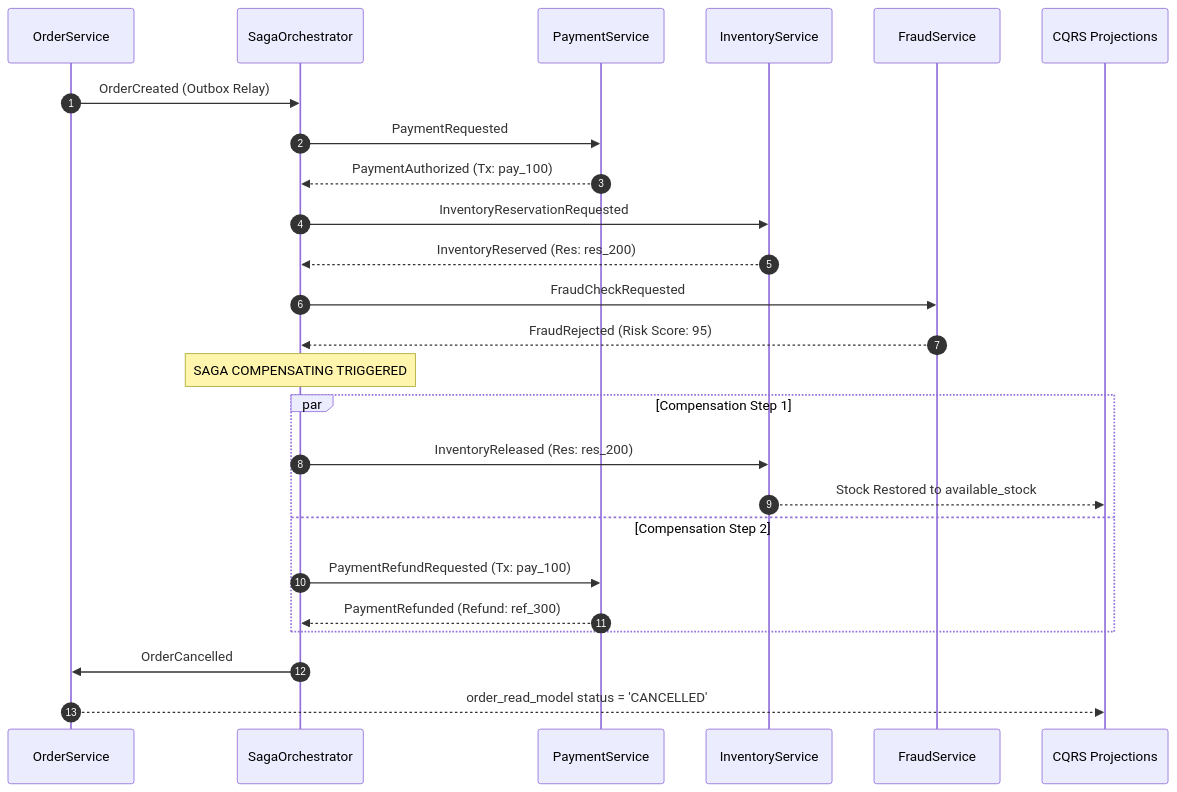
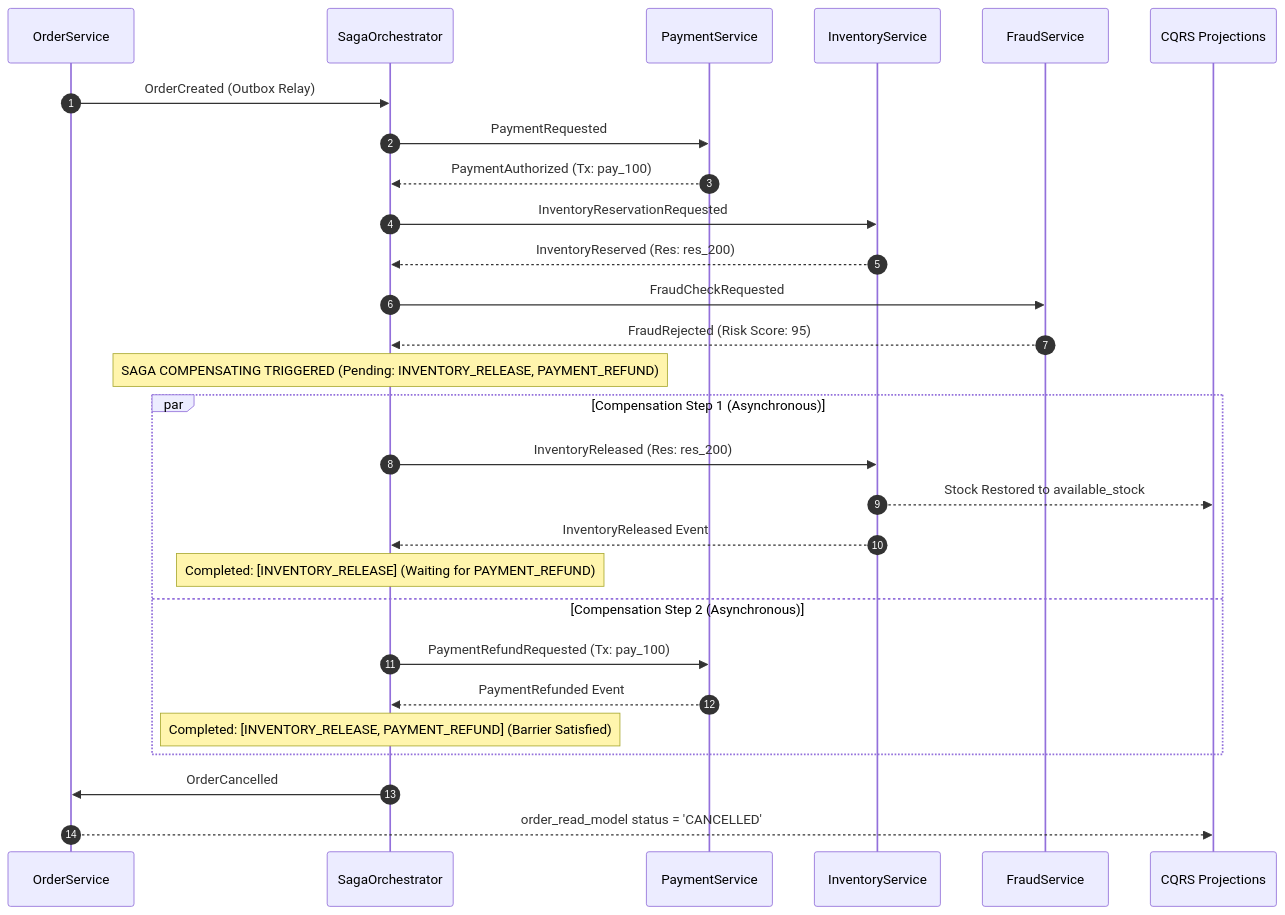
Before and after one commit to GiovaniRodrigo/event-driven-kafka: the diagram in docs/20_FAILURE_MATRIX.md, drawn with Mermaid. The commit also changed other lines of this file and 20 other files, not shown here.

Commit message:
feat(resilience): distributed failure verification, outbox worker leases, saga compensation barrier and deterministic replay

````diff
--- a/docs/20_FAILURE_MATRIX.md
+++ b/docs/20_FAILURE_MATRIX.md
@@ -40,28 +46,31 @@
 ```mermaid
 sequenceDiagram
     autonumber
     participant Order as OrderService
     participant Saga as SagaOrchestrator
     participant Pay as PaymentService
     participant Inv as InventoryService
     participant Fraud as FraudService
     participant Read as CQRS Projections
 
     Order->>Saga: OrderCreated (Outbox Relay)
     Saga->>Pay: PaymentRequested
     Pay-->>Saga: PaymentAuthorized (Tx: pay_100)
     Saga->>Inv: InventoryReservationRequested
     Inv-->>Saga: InventoryReserved (Res: res_200)
     Saga->>Fraud: FraudCheckRequested
     Fraud-->>Saga: FraudRejected (Risk Score: 95)
-    Note over Saga: SAGA COMPENSATING TRIGGERED
-    par Compensation Step 1
+    Note over Saga: SAGA COMPENSATING TRIGGERED (Pending: INVENTORY_RELEASE, PAYMENT_REFUND)
+    par Compensation Step 1 (Asynchronous)
         Saga->>Inv: InventoryReleased (Res: res_200)
         Inv-->>Read: Stock Restored to available_stock
-    and Compensation Step 2
+        Inv-->>Saga: InventoryReleased Event
+        Note over Saga: Completed: [INVENTORY_RELEASE] (Waiting for PAYMENT_REFUND)
+    and Compensation Step 2 (Asynchronous)
         Saga->>Pay: PaymentRefundRequested (Tx: pay_100)
-        Pay-->>Saga: PaymentRefunded (Refund: ref_300)
+        Pay-->>Saga: PaymentRefunded Event
+        Note over Saga: Completed: [INVENTORY_RELEASE, PAYMENT_REFUND] (Barrier Satisfied)
     end
     Saga->>Order: OrderCancelled
     Order-->>Read: order_read_model status = 'CANCELLED'
 ```
````
